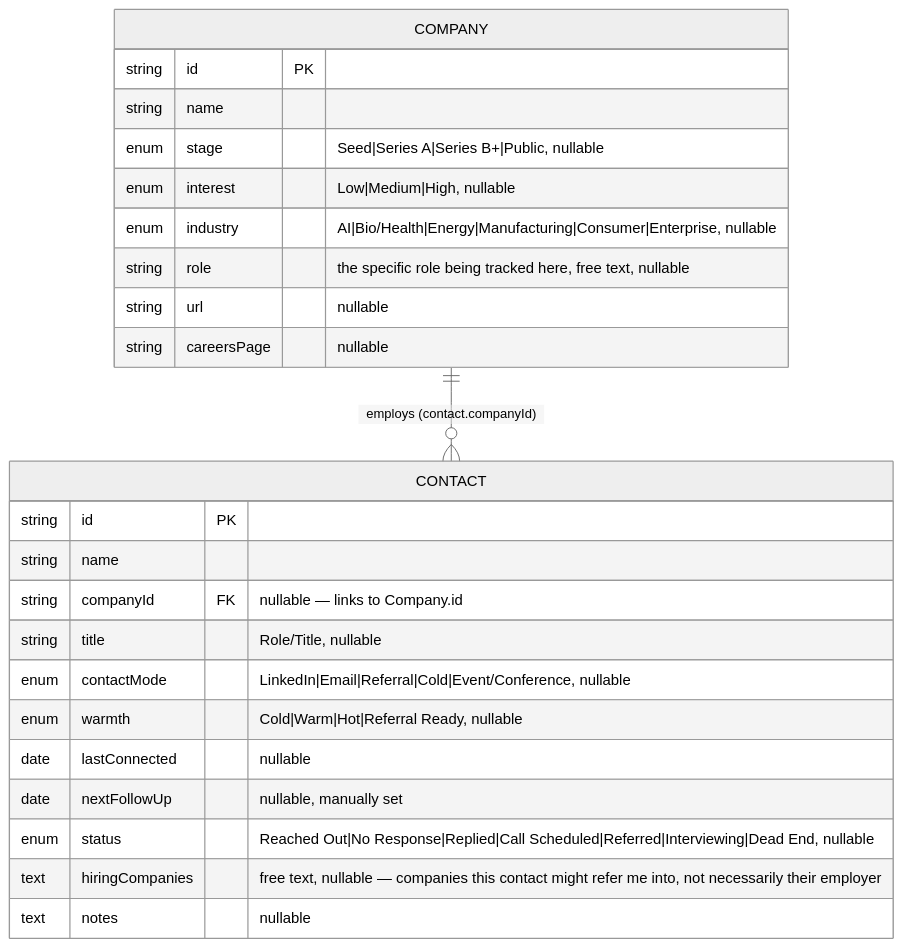
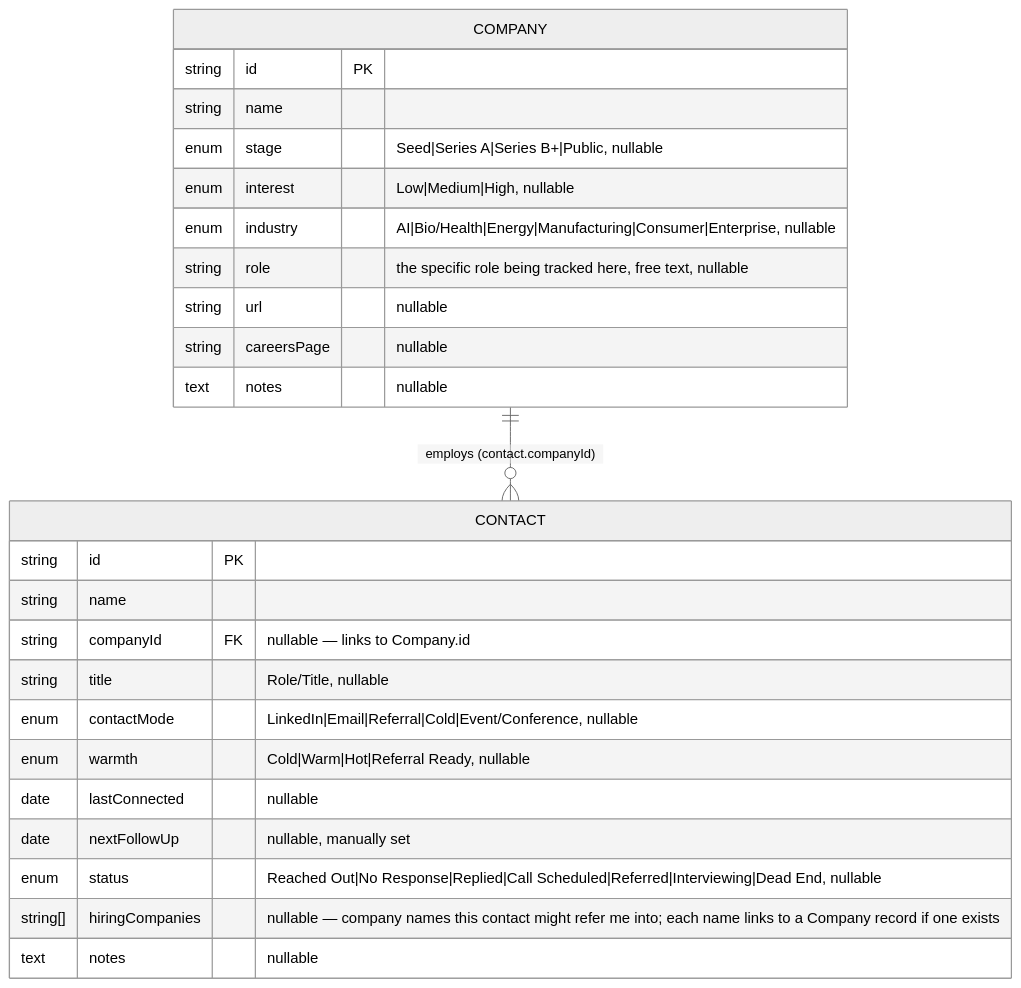
One commit to raghavmits/hunter changed the diagram in docs/PLAN.md. Above: the diagram before and after it, drawn with Mermaid (neutral theme). The commit also changed other lines of this file and 1 other file, not shown here.

First line of the commit message:
Update plan to full-stack; add Company notes; link hiring companies

````diff
--- a/docs/PLAN.md
+++ b/docs/PLAN.md
@@ -23,29 +28,30 @@
 ```mermaid
 erDiagram
     COMPANY ||--o{ CONTACT : "employs (contact.companyId)"
 
     CONTACT {
         string id PK
         string name
         string companyId FK "nullable — links to Company.id"
         string title "Role/Title, nullable"
         enum contactMode "LinkedIn|Email|Referral|Cold|Event/Conference, nullable"
         enum warmth "Cold|Warm|Hot|Referral Ready, nullable"
         date lastConnected "nullable"
         date nextFollowUp "nullable, manually set"
         enum status "Reached Out|No Response|Replied|Call Scheduled|Referred|Interviewing|Dead End, nullable"
-        text hiringCompanies "free text, nullable — companies this contact might refer me into, not necessarily their employer"
+        string[] hiringCompanies "nullable — company names this contact might refer me into; each name links to a Company record if one exists"
         text notes "nullable"
     }
 
     COMPANY {
         string id PK
         string name
         enum stage "Seed|Series A|Series B+|Public, nullable"
         enum interest "Low|Medium|High, nullable"
         enum industry "AI|Bio/Health|Energy|Manufacturing|Consumer|Enterprise, nullable"
         string role "the specific role being tracked here, free text, nullable"
         string url "nullable"
         string careersPage "nullable"
+        text notes "nullable"
     }
 ```
````
